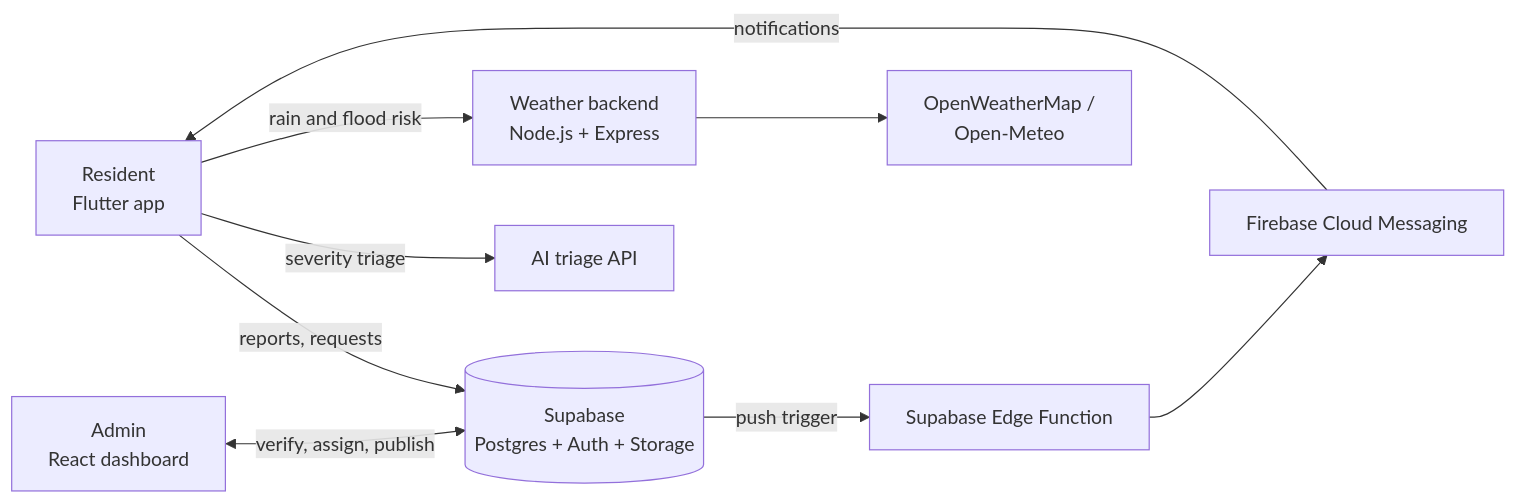
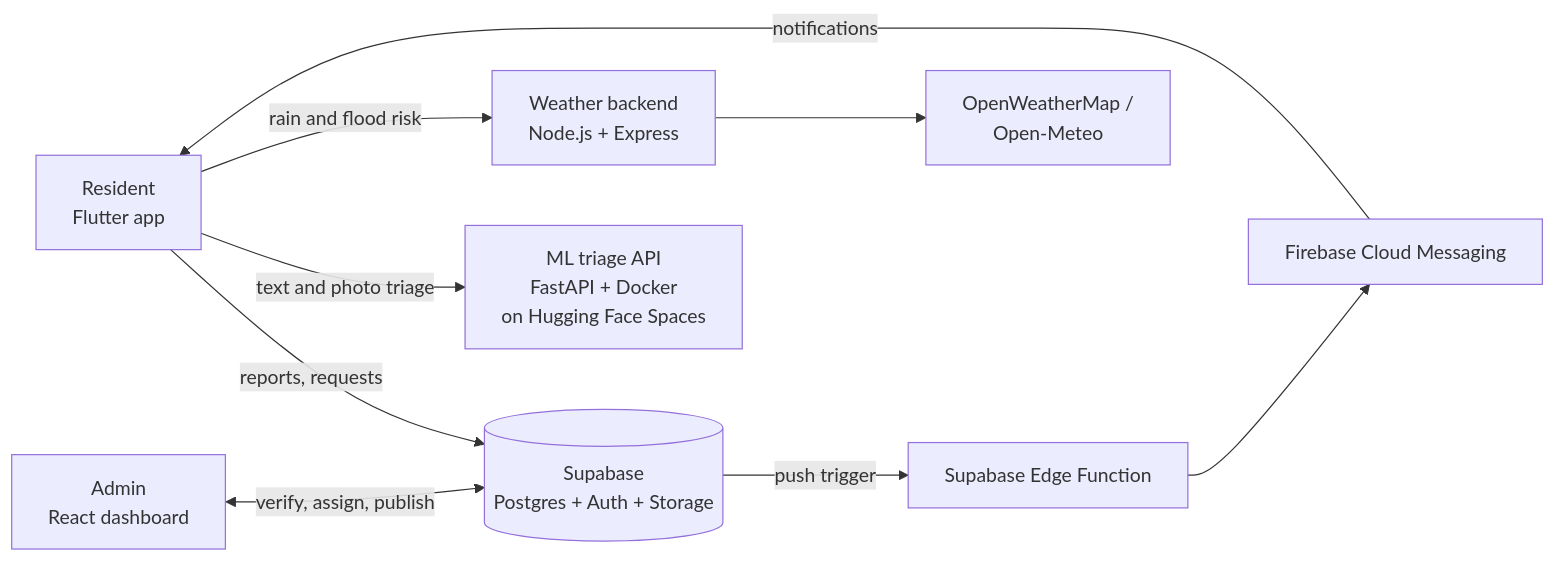
The diagram in README.md (Rksaycon/milaud-governance-platform), drawn with Mermaid before and after one commit. The commit also changed other lines of this file, not shown here.

````diff
--- a/README.md
+++ b/README.md
@@ -64,11 +81,11 @@
 ```mermaid
 flowchart LR
     R[Resident<br/>Flutter app] -->|reports, requests| S[(Supabase<br/>Postgres + Auth + Storage)]
     A[Admin<br/>React dashboard] <-->|verify, assign, publish| S
-    R -->|severity triage| AI[AI triage API]
+    R -->|text and photo triage| AI[ML triage API<br/>FastAPI + Docker<br/>on Hugging Face Spaces]
     R -->|rain and flood risk| W[Weather backend<br/>Node.js + Express]
     W --> OW[OpenWeatherMap /<br/>Open-Meteo]
     S -->|push trigger| F[Supabase Edge Function]
     F --> FCM[Firebase Cloud Messaging]
     FCM -->|notifications| R
 ```
````
